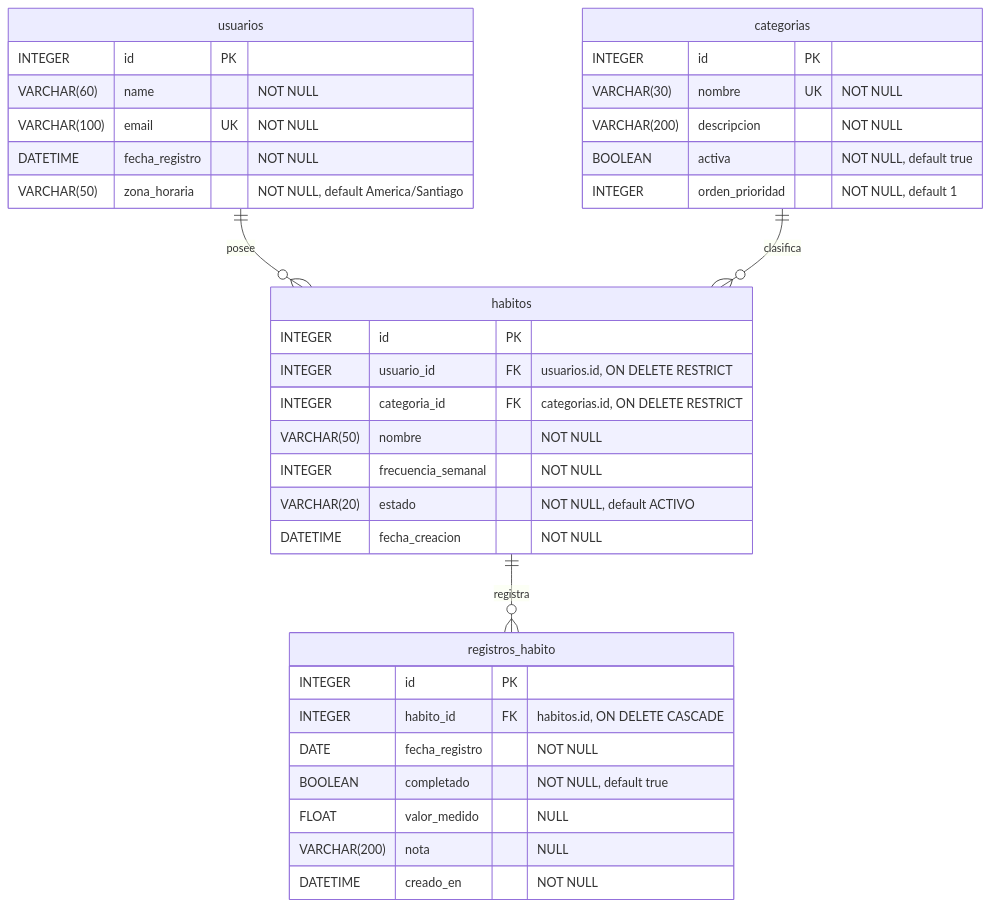
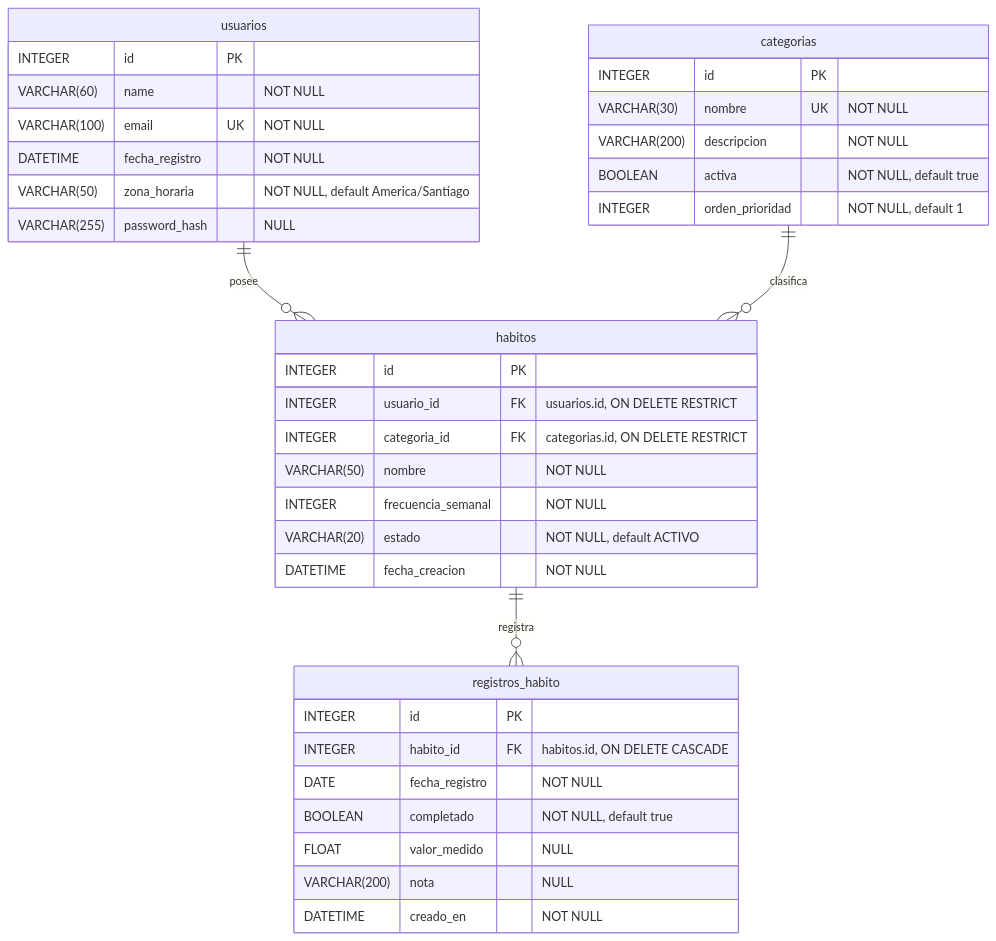
Before and after one commit to ArielCovarrubia/backend-2026-grupo-01: the second of 2 diagrams in README.md, drawn with Mermaid. The commit also changed other lines of this file, not shown here.

Commit message:
docs(readme): document psycopg URL and password_hash in ER diagram

````diff
--- a/README.md
+++ b/README.md
@@ -115,39 +115,40 @@
 ```mermaid
 erDiagram
     usuarios ||--o{ habitos : "posee"
     categorias ||--o{ habitos : "clasifica"
     habitos ||--o{ registros_habito : "registra"
 
     usuarios {
         INTEGER id PK
         VARCHAR(60) name "NOT NULL"
         VARCHAR(100) email UK "NOT NULL"
         DATETIME fecha_registro "NOT NULL"
         VARCHAR(50) zona_horaria "NOT NULL, default America/Santiago"
+        VARCHAR(255) password_hash "NULL"
     }
     categorias {
         INTEGER id PK
         VARCHAR(30) nombre UK "NOT NULL"
         VARCHAR(200) descripcion "NOT NULL"
         BOOLEAN activa "NOT NULL, default true"
         INTEGER orden_prioridad "NOT NULL, default 1"
     }
     habitos {
         INTEGER id PK
         INTEGER usuario_id FK "usuarios.id, ON DELETE RESTRICT"
         INTEGER categoria_id FK "categorias.id, ON DELETE RESTRICT"
         VARCHAR(50) nombre "NOT NULL"
         INTEGER frecuencia_semanal "NOT NULL"
         VARCHAR(20) estado "NOT NULL, default ACTIVO"
         DATETIME fecha_creacion "NOT NULL"
     }
     registros_habito {
         INTEGER id PK
         INTEGER habito_id FK "habitos.id, ON DELETE CASCADE"
         DATE fecha_registro "NOT NULL"
         BOOLEAN completado "NOT NULL, default true"
         FLOAT valor_medido "NULL"
         VARCHAR(200) nota "NULL"
         DATETIME creado_en "NOT NULL"
     }
 ```
````
